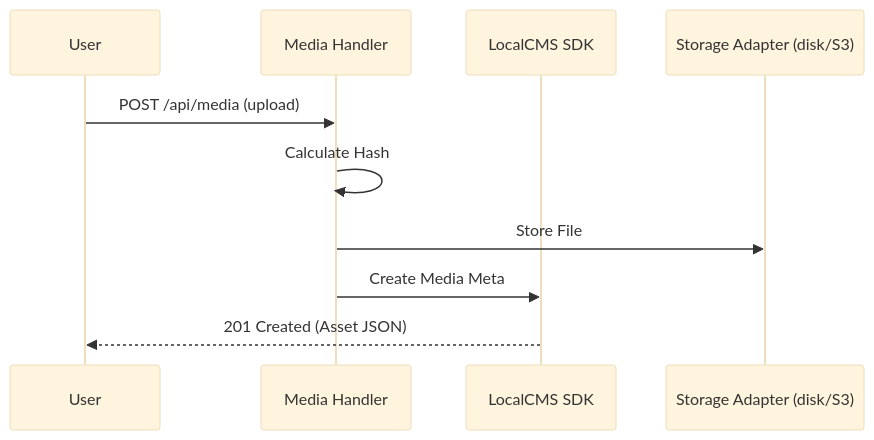
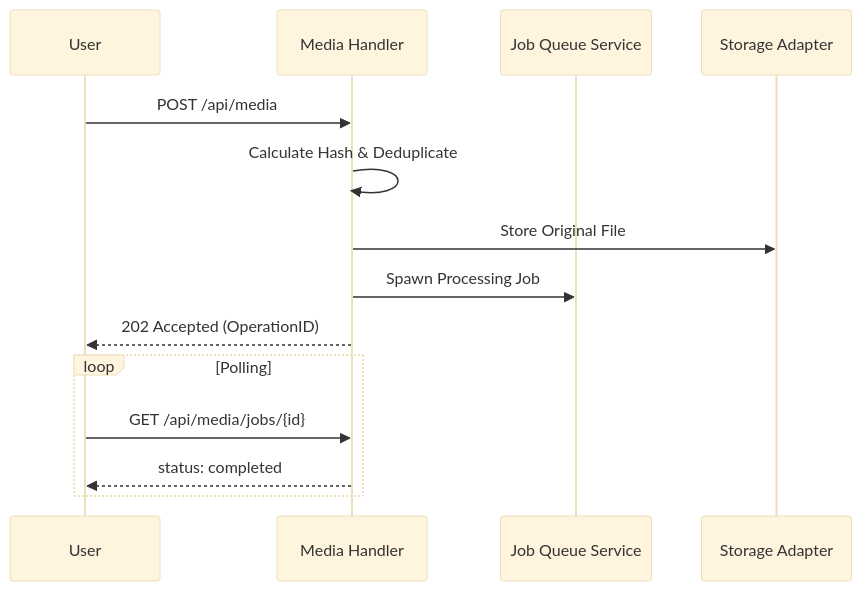
Before and after one commit to SveltyCMS/SveltyCMS: the diagram in docs/api/media.mdx, drawn with Mermaid (base theme). The commit also changed other lines of this file and 57 other files, not shown here.

First line of the commit message:
docs: update feature documentation, roadmap, and benchmark reports

````diff
--- a/docs/api/media.mdx
+++ b/docs/api/media.mdx
@@ -95,13 +97,18 @@
 ```mermaid
 sequenceDiagram
     participant User
     participant API as Media Handler
-    participant SDK as LocalCMS SDK
-    participant Storage as Storage Adapter (disk/S3)
+    participant Jobs as Job Queue Service
+    participant Storage as Storage Adapter
 
-    User->>API: POST /api/media (upload)
-    API->>API: Calculate Hash
-    API->>Storage: Store File
-    API->>SDK: Create Media Meta
-    SDK-->>User: 201 Created (Asset JSON)
+    User->>API: POST /api/media
+    API->>API: Calculate Hash & Deduplicate
+    API->>Storage: Store Original File
+    API->>Jobs: Spawn Processing Job
+    API-->>User: 202 Accepted (OperationID)
+    
+    loop Polling
+        User->>API: GET /api/media/jobs/{id}
+        API-->>User: status: completed
+    end
 ```
````
